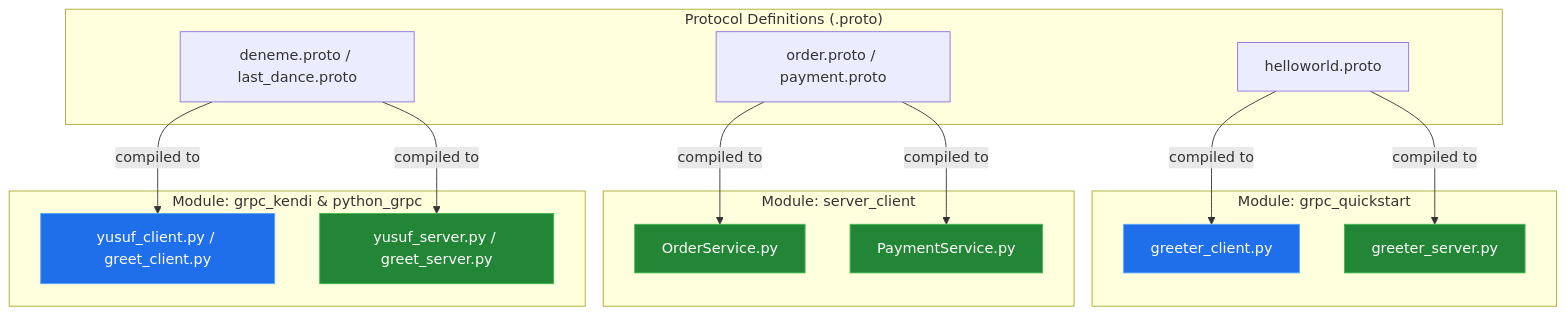
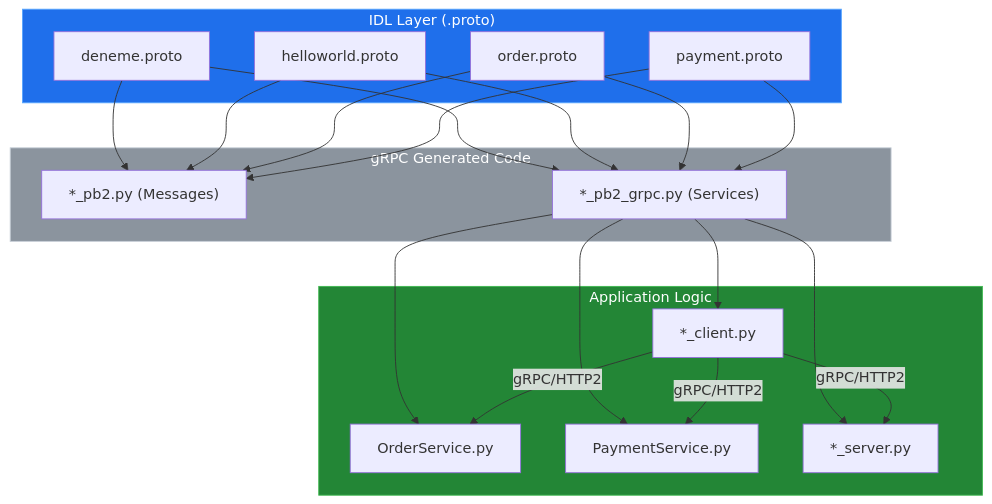
The first of 2 diagrams in README_ARCH.md (YusuffBulbul/GRPC_calisma), drawn with Mermaid before and after one commit. The commit also changed other lines of this file, not shown here.

Commit message:
docs: update system blueprint (2026-09-07)

````diff
--- a/README_ARCH.md
+++ b/README_ARCH.md
@@ -20,35 +19,31 @@
 ```mermaid
 flowchart TD
-    subgraph Protos["Protocol Definitions (.proto)"]
-        P1["helloworld.proto"]
-        P2["order.proto / payment.proto"]
-        P3["deneme.proto / last_dance.proto"]
+    subgraph Protobuf ["IDL Layer (.proto)"]
+        P1["deneme.proto"]
+        P2["helloworld.proto"]
+        P3["order.proto"]
+        P4["payment.proto"]
     end
 
-    subgraph Quickstart["Module: grpc_quickstart"]
-        QS_C["greeter_client.py"]
-        QS_S["greeter_server.py"]
+    subgraph Generated ["gRPC Generated Code"]
+        G1["*_pb2.py (Messages)"]
+        G2["*_pb2_grpc.py (Services)"]
     end
 
-    subgraph ServiceSim["Module: server_client"]
-        ORD_S["OrderService.py"]
-        PAY_S["PaymentService.py"]
+    subgraph Logic ["Application Logic"]
+        S1["OrderService.py"]
+        S2["PaymentService.py"]
+        S3["*_server.py"]
+        C1["*_client.py"]
     end
 
-    subgraph CustomExp["Module: grpc_kendi & python_grpc"]
-        EXP_C["yusuf_client.py / greet_client.py"]
-        EXP_S["yusuf_server.py / greet_server.py"]
-    end
+    P1 & P2 & P3 & P4 --> G1 & G2
+    G2 --> S1 & S2 & S3
+    G2 --> C1
+    C1 -->|"gRPC/HTTP2"| S1 & S2 & S3
 
-    P1 -->|"compiled to"| QS_C & QS_S
-    P2 -->|"compiled to"| ORD_S & PAY_S
-    P3 -->|"compiled to"| EXP_C & EXP_S
-
-    style QS_C fill:#1f6feb,stroke:#58a6ff,color:#fff
-    style EXP_C fill:#1f6feb,stroke:#58a6ff,color:#fff
-    style QS_S fill:#238636,stroke:#3fb950,color:#fff
-    style ORD_S fill:#238636,stroke:#3fb950,color:#fff
-    style PAY_S fill:#238636,stroke:#3fb950,color:#fff
-    style EXP_S fill:#238636,stroke:#3fb950,color:#fff
+    style Protobuf fill:#1f6feb,stroke:#58a6ff,color:#fff
+    style Generated fill:#8b949e,stroke:#c9d1d9,color:#fff
+    style Logic fill:#238636,stroke:#3fb950,color:#fff
 
 ```
````
